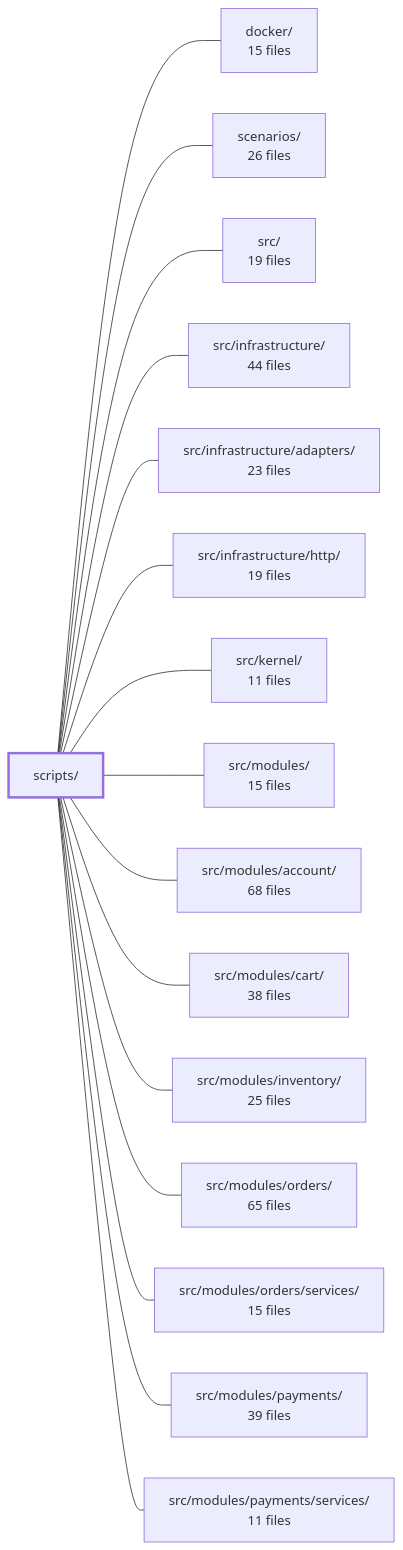
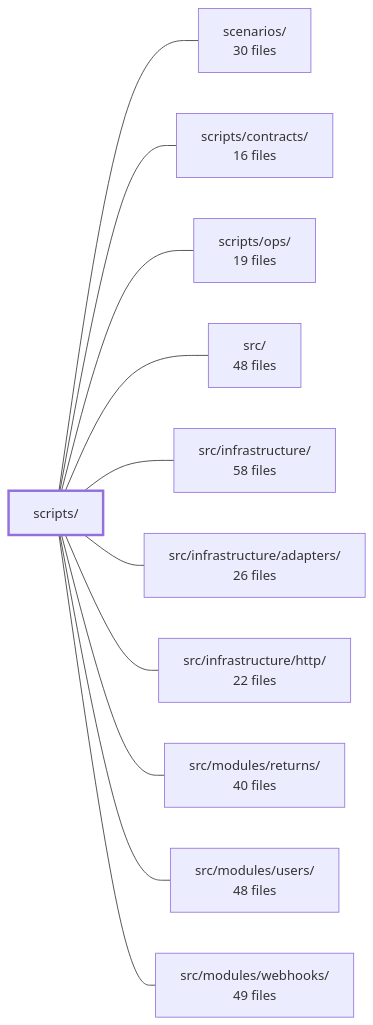
Before and after one commit to Guebbit/boilerplate-node-backend: the diagram in .2brain/modules/boilerplate-node-backend_scripts.md, drawn with Mermaid. The commit also changed other lines of this file and 187 other files, not shown here.

````diff
--- a/.2brain/modules/boilerplate-node-backend_scripts.md
+++ b/.2brain/modules/boilerplate-node-backend_scripts.md
@@ -48,35 +42,25 @@
 ```mermaid
 flowchart LR
     m_scripts["scripts/"]
-    m_docker["docker/<br/>15 files"]
-    m_scenarios["scenarios/<br/>26 files"]
-    m_src["src/<br/>19 files"]
-    m_src_infrastructure["src/infrastructure/<br/>44 files"]
-    m_src_infrastructure_adapters["src/infrastructure/adapters/<br/>23 files"]
-    m_src_infrastructure_http["src/infrastructure/http/<br/>19 files"]
-    m_src_kernel["src/kernel/<br/>11 files"]
-    m_src_modules["src/modules/<br/>15 files"]
-    m_src_modules_account["src/modules/account/<br/>68 files"]
-    m_src_modules_cart["src/modules/cart/<br/>38 files"]
-    m_src_modules_inventory["src/modules/inventory/<br/>25 files"]
-    m_src_modules_orders["src/modules/orders/<br/>65 files"]
-    m_src_modules_orders_services["src/modules/orders/services/<br/>15 files"]
-    m_src_modules_payments["src/modules/payments/<br/>39 files"]
-    m_src_modules_payments_services["src/modules/payments/services/<br/>11 files"]
-    m_scripts --- m_docker
+    m_scenarios["scenarios/<br/>30 files"]
+    m_scripts_contracts["scripts/contracts/<br/>16 files"]
+    m_scripts_ops["scripts/ops/<br/>19 files"]
+    m_src["src/<br/>48 files"]
+    m_src_infrastructure["src/infrastructure/<br/>58 files"]
+    m_src_infrastructure_adapters["src/infrastructure/adapters/<br/>26 files"]
+    m_src_infrastructure_http["src/infrastructure/http/<br/>22 files"]
+    m_src_modules_returns["src/modules/returns/<br/>40 files"]
+    m_src_modules_users["src/modules/users/<br/>48 files"]
+    m_src_modules_webhooks["src/modules/webhooks/<br/>49 files"]
     m_scripts --- m_scenarios
+    m_scripts --- m_scripts_contracts
+    m_scripts --- m_scripts_ops
     m_scripts --- m_src
     m_scripts --- m_src_infrastructure
     m_scripts --- m_src_infrastructure_adapters
     m_scripts --- m_src_infrastructure_http
-    m_scripts --- m_src_kernel
-    m_scripts --- m_src_modules
-    m_scripts --- m_src_modules_account
-    m_scripts --- m_src_modules_cart
-    m_scripts --- m_src_modules_inventory
-    m_scripts --- m_src_modules_orders
-    m_scripts --- m_src_modules_orders_services
-    m_scripts --- m_src_modules_payments
-    m_scripts --- m_src_modules_payments_services
+    m_scripts --- m_src_modules_returns
+    m_scripts --- m_src_modules_users
+    m_scripts --- m_src_modules_webhooks
     style m_scripts stroke-width:3px
 ```
````
